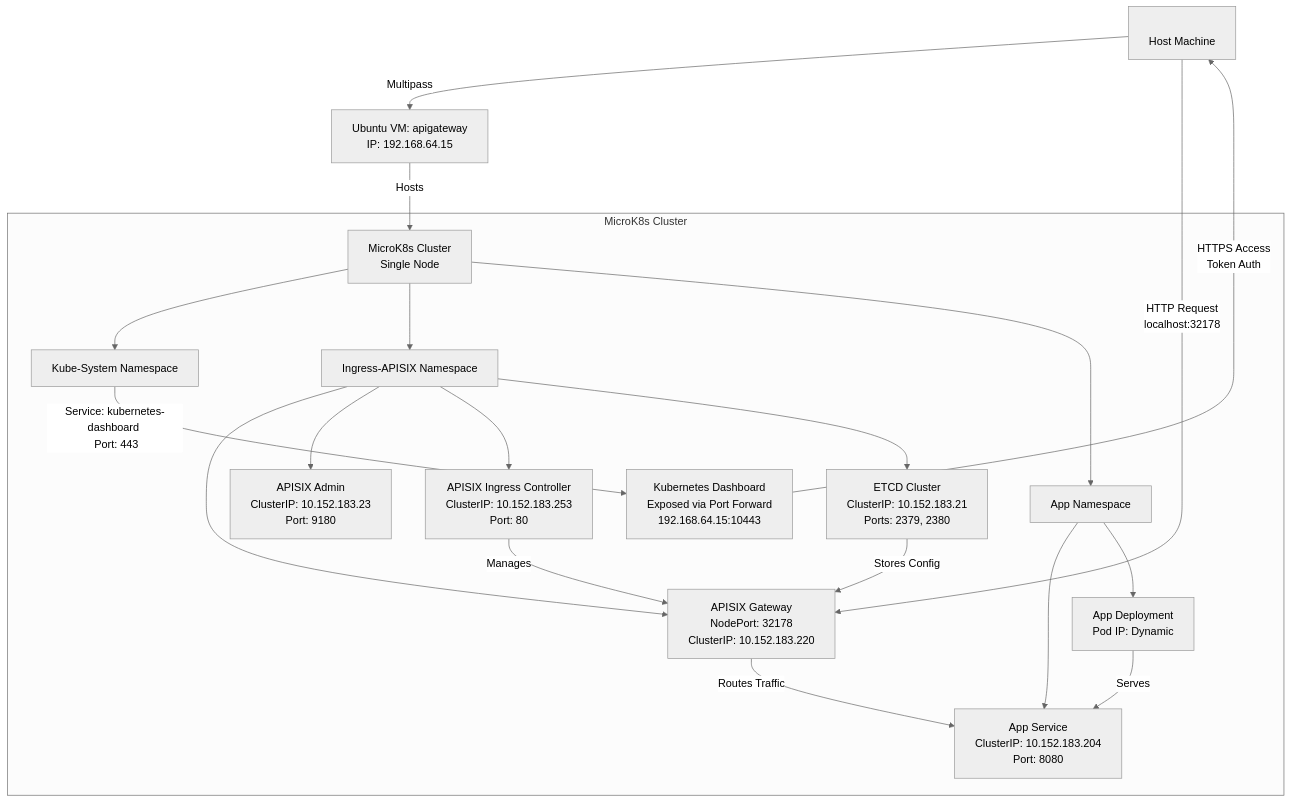
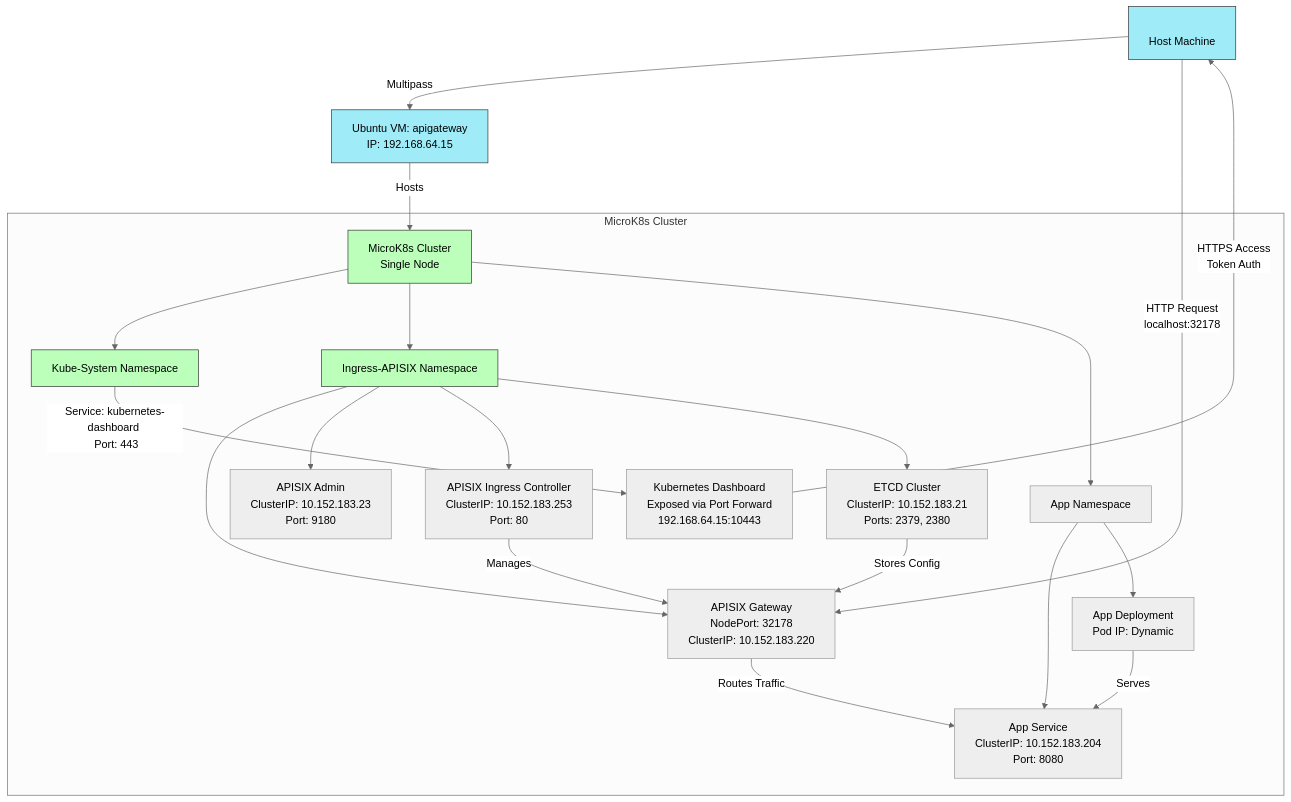
One commit to rajashtani/InsightForge changed the diagram in apigateway/README.md. Above: the diagram before and after it, drawn with Mermaid.

````diff
--- a/apigateway/README.md
+++ b/apigateway/README.md
@@ -11,30 +11,35 @@
 ```mermaid
 %%{ init: { 'theme': 'neutral' } }%%
 graph TD
     A[<br> Host Machine <br>] -->|Multipass| B[Ubuntu VM: apigateway <br> IP: 192.168.64.15]
 
     B -->|Hosts| C[MicroK8s Cluster <br> Single Node]
 
     subgraph MicroK8s Cluster
         C --> D[Kube-System Namespace]
         C --> E[Ingress-APISIX Namespace]
         C --> F[App Namespace]
 
         D -->|Service: kubernetes-dashboard <br> Port: 443| G[Kubernetes Dashboard <br> Exposed via Port Forward <br> 192.168.64.15:10443]
         
         E --> H[APISIX Gateway <br> NodePort: 32178 <br> ClusterIP: 10.152.183.220]
         E --> I[APISIX Admin <br> ClusterIP: 10.152.183.23 <br> Port: 9180]
         E --> J[APISIX Ingress Controller <br> ClusterIP: 10.152.183.253 <br> Port: 80]
         E --> K[ETCD Cluster <br> ClusterIP: 10.152.183.21 <br> Ports: 2379, 2380]
 
         F --> L[App Service <br> ClusterIP: 10.152.183.204 <br> Port: 8080]
         F --> M[App Deployment <br> Pod IP: Dynamic]
     end
 
     A -->|HTTP Request <br> localhost:32178| H
     H -->|Routes Traffic| L
     G -->|HTTPS Access <br> Token Auth| A
     J -->|Manages| H
     K -->|Stores Config| H
     M -->|Serves| L
+
+    classDef f fill:#9fecf8,stroke:#333
+    classDef p fill:#bfb,stroke:#333
+    class A,B f
+    class C,D,E p
 ```
````
